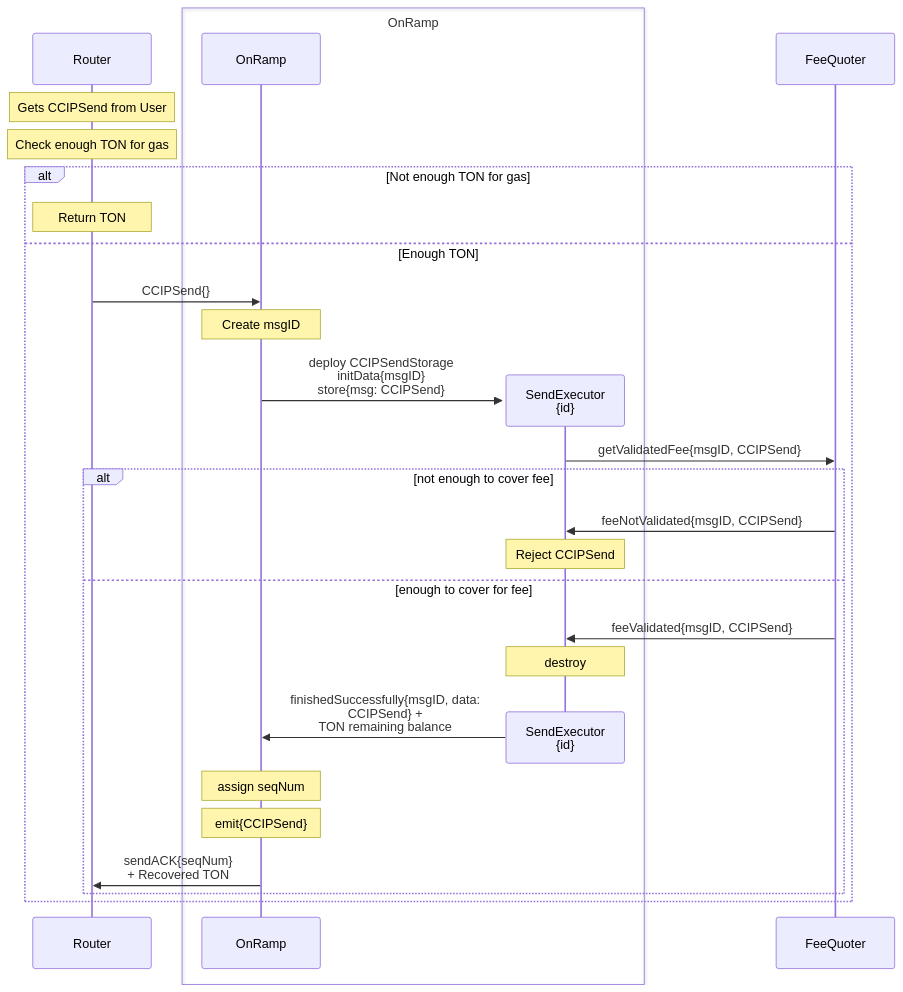
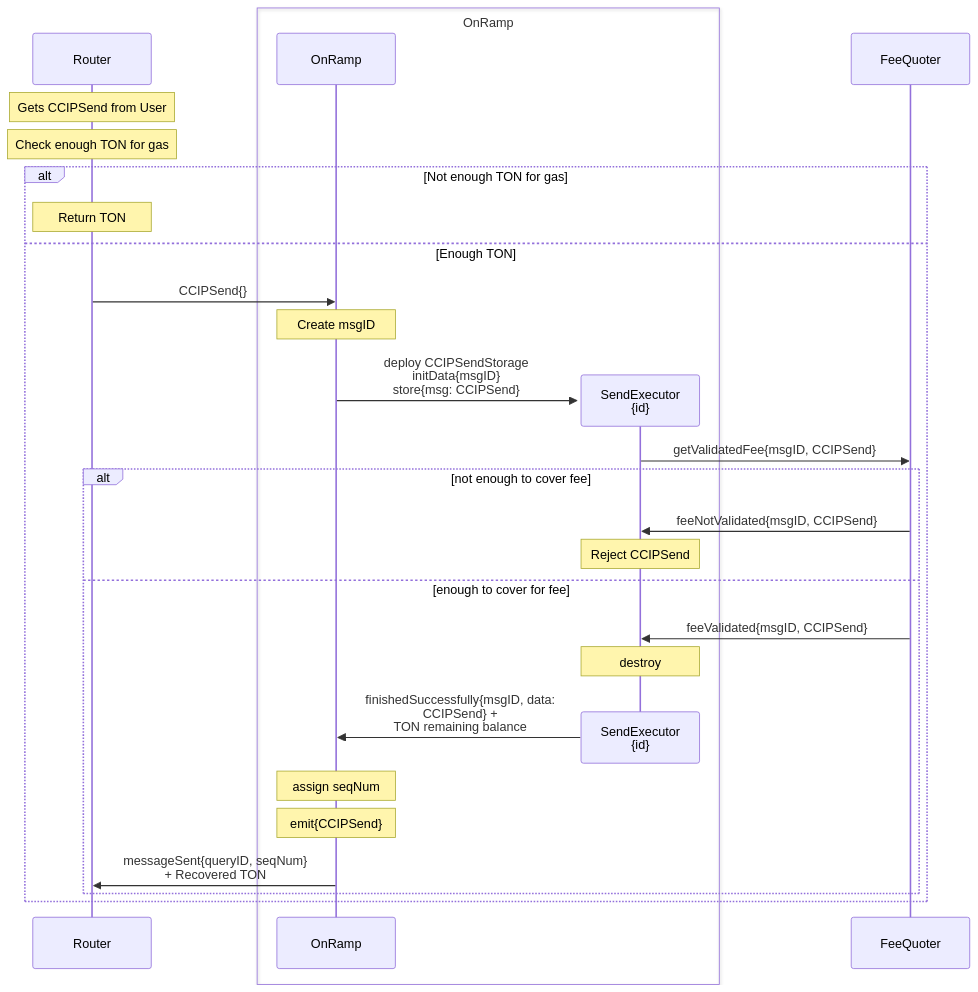
Before and after one commit to smartcontractkit/chainlink-ton: the first of 2 diagrams in docs/contracts/ccip/flow/onramp/arbitrary-msg.md, drawn with Mermaid. The commit also changed other lines of this file and 2 other files, not shown here.

Commit message:
doc: update flows

````diff
--- a/docs/contracts/ccip/flow/onramp/arbitrary-msg.md
+++ b/docs/contracts/ccip/flow/onramp/arbitrary-msg.md
@@ -5,41 +5,41 @@
 ```mermaid
 sequenceDiagram
     participant R as Router
 
     Note over R: Gets CCIPSend from User
     Note over R: Check enough TON for gas 
     alt Not enough TON for gas
     Note over R: Return TON
     else Enough TON
 
     R ->> OR: CCIPSend{}
     
     Note over OR: Create msgID
     create participant ORM
     OR ->> ORM: deploy CCIPSendStorage <br>initData{msgID}<br>store{msg: CCIPSend}
 
     box OnRamp
     participant OR as OnRamp
     participant ORM as SendExecutor<br>{id}
     end
 
     participant FQ as FeeQuoter
 
     ORM ->> FQ: getValidatedFee{msgID, CCIPSend}
 
 
     alt not enough to cover fee
     FQ ->> ORM: feeNotValidated{msgID, CCIPSend}
     Note over ORM: Reject CCIPSend
 
     else enough to cover for fee
     FQ ->> ORM: feeValidated{msgID, CCIPSend}
     Note over ORM: destroy
     destroy ORM
     ORM ->> OR: finishedSuccessfully{msgID, data:<br>CCIPSend} +<br>TON remaining balance
     note over OR: assign seqNum
     note over OR: emit{CCIPSend}
-    OR ->> R: sendACK{seqNum}<br>+ Recovered TON
+    OR ->> R: messageSent{queryID, seqNum}<br>+ Recovered TON
     end
     end
 ```
````
